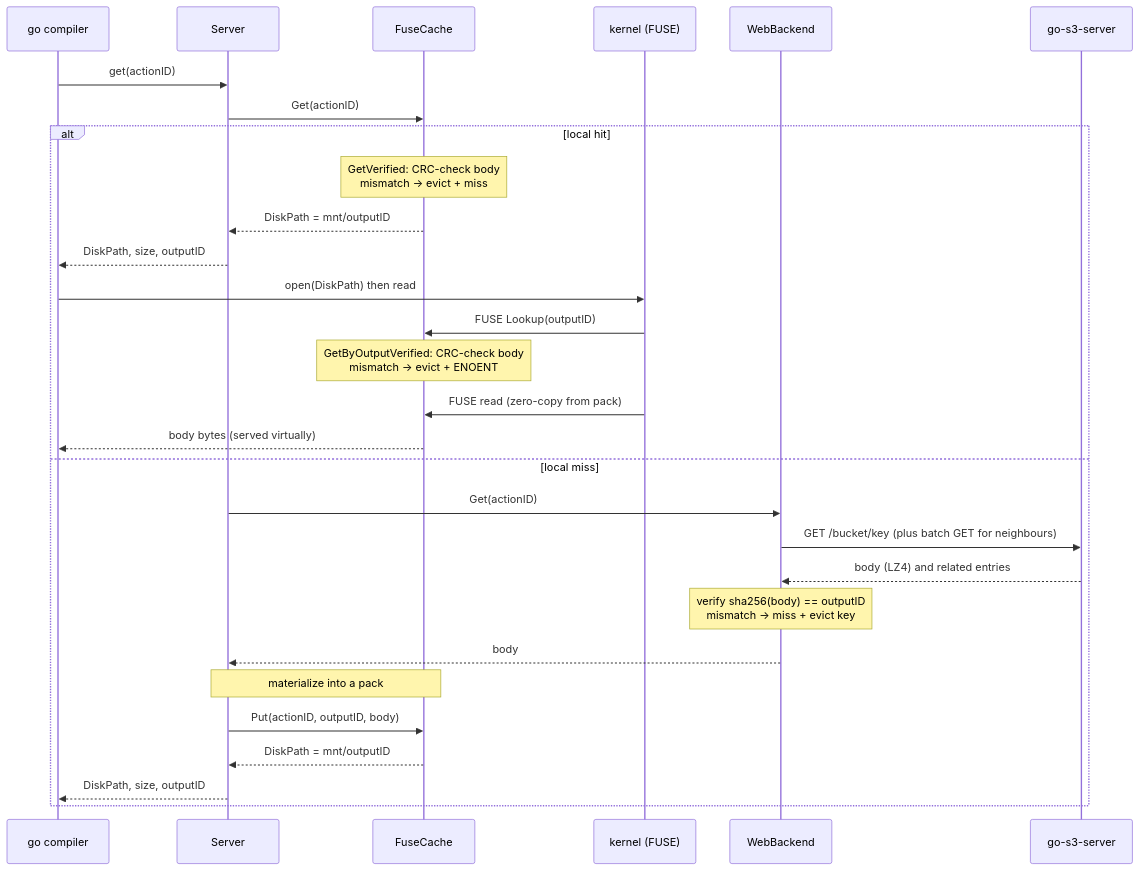
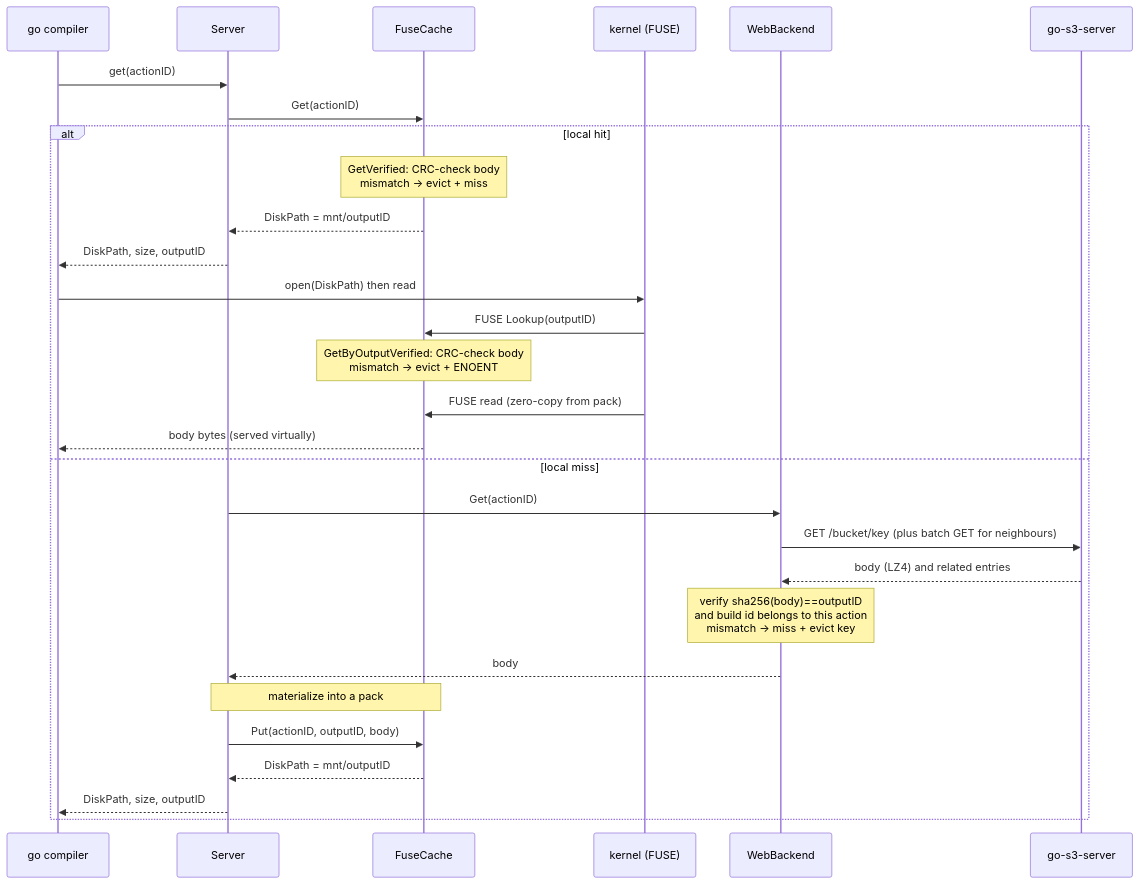
The fourth of 6 diagrams in docs/CACHE.md (wow-look-at-my/go-toolchain), drawn with Mermaid before and after one commit. The commit also changed other lines of this file and 2 other files, not shown here.

First line of the commit message:
docs: document the build-id cross-contamination guard

````diff
--- a/docs/CACHE.md
+++ b/docs/CACHE.md
@@ -228,32 +228,32 @@
 ```mermaid
 sequenceDiagram
     participant Go as go compiler
     participant S as Server
     participant L as FuseCache
     participant K as kernel (FUSE)
     participant W as WebBackend
     participant R as go-s3-server
 
     Go->>S: get(actionID)
     S->>L: Get(actionID)
     alt local hit
         Note over L: GetVerified: CRC-check body<br/>mismatch → evict + miss
         L-->>S: DiskPath = mnt/outputID
         S-->>Go: DiskPath, size, outputID
         Go->>K: open(DiskPath) then read
         K->>L: FUSE Lookup(outputID)
         Note over L: GetByOutputVerified: CRC-check body<br/>mismatch → evict + ENOENT
         K->>L: FUSE read (zero-copy from pack)
         L-->>Go: body bytes (served virtually)
     else local miss
         S->>W: Get(actionID)
         W->>R: GET /bucket/key (plus batch GET for neighbours)
         R-->>W: body (LZ4) and related entries
-        Note over W: verify sha256(body) == outputID<br/>mismatch → miss + evict key
+        Note over W: verify sha256(body)==outputID<br/>and build id belongs to this action<br/>mismatch → miss + evict key
         W-->>S: body
         Note over S,L: materialize into a pack
         S->>L: Put(actionID, outputID, body)
         L-->>S: DiskPath = mnt/outputID
         S-->>Go: DiskPath, size, outputID
     end
 ```
````
